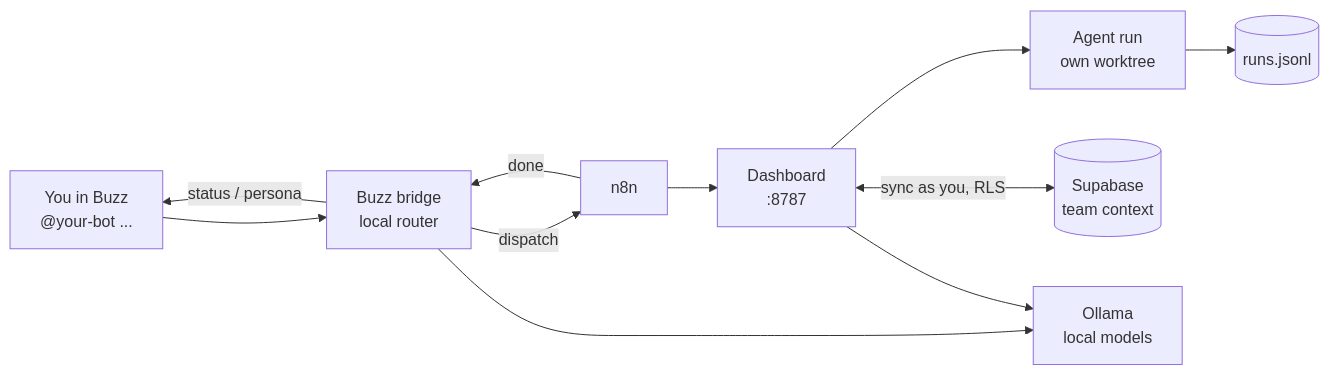
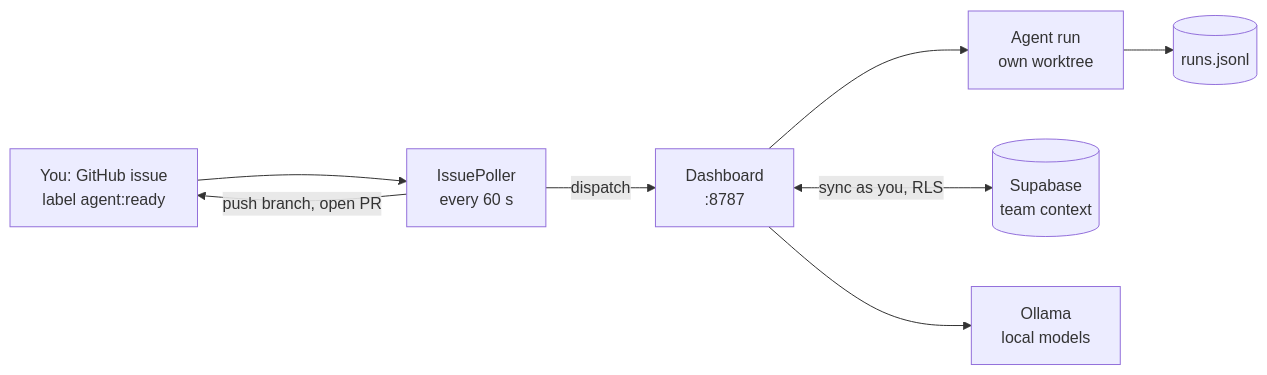
One commit to tnmurthy/fuzzy-octo-eureka changed the diagram in README.md. Above: the diagram before and after it, drawn with Mermaid. The commit also changed other lines of this file and 9 other files, not shown here.

Commit message:
docs: remove Buzz, describe the GitHub issue queue (#30)

````diff
--- a/README.md
+++ b/README.md
@@ -28,11 +28,10 @@
 ```mermaid
 flowchart LR
-    OP["You in Buzz<br/>@your-bot ..."] --> BR["Buzz bridge<br/>local router"]
-    BR -- "status / persona" --> OP
-    BR -- "dispatch" --> N8N[n8n] --> D["Dashboard<br/>:8787"]
+    OP["You: GitHub issue<br/>label agent:ready"] --> P["IssuePoller<br/>every 60 s"]
+    P -- "dispatch" --> D["Dashboard<br/>:8787"]
     D --> AG["Agent run<br/>own worktree"]
     AG --> LOG[(runs.jsonl)]
-    N8N -- "done" --> BR
+    P -- "push branch, open PR" --> OP
     D <-- "sync as you, RLS" --> SB[("Supabase<br/>team context")]
-    BR & D --> OL["Ollama<br/>local models"]
+    D --> OL["Ollama<br/>local models"]
 ```
````
